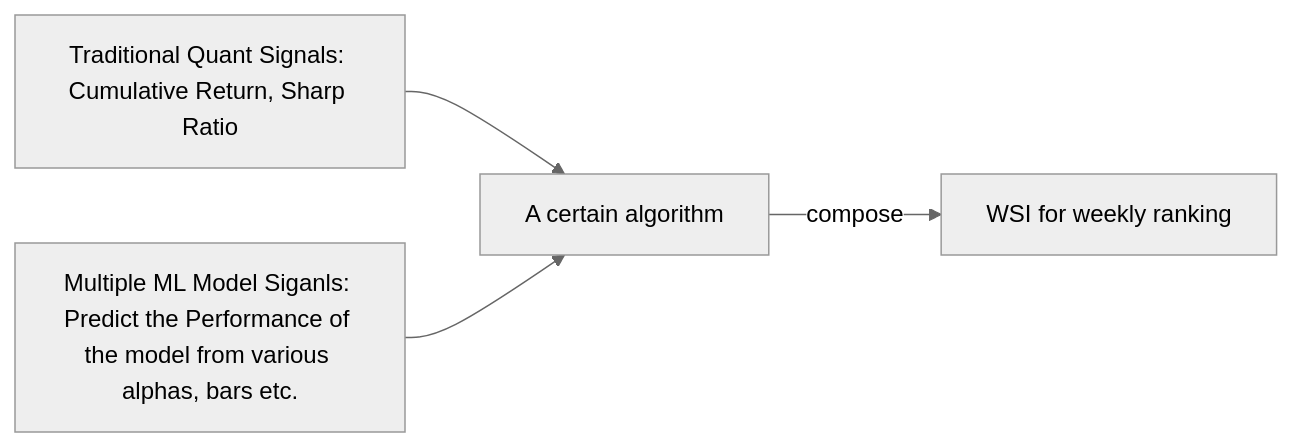
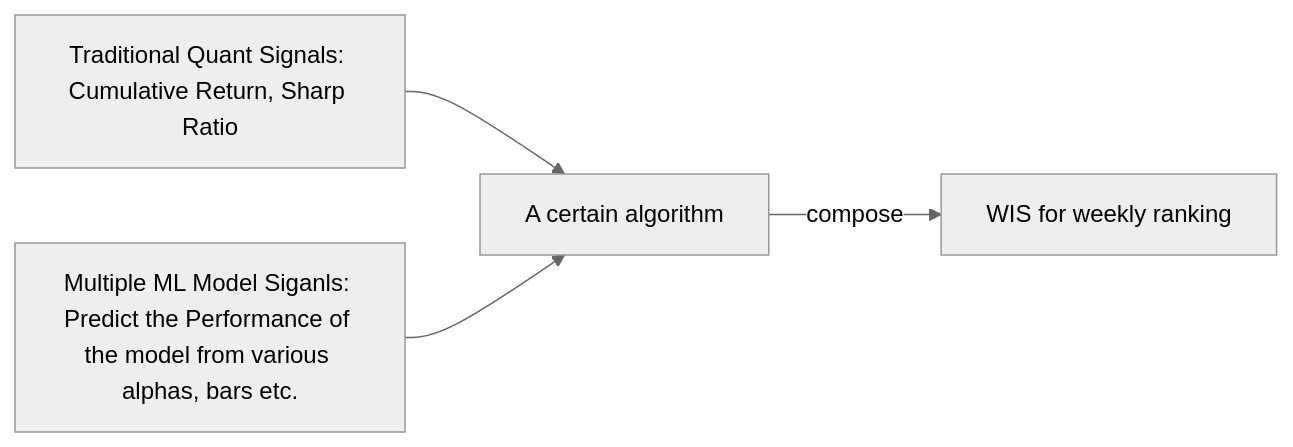
The second of 2 diagrams in research/20260426 _Simon_ML Infra/ML architecture.md (simonsparkwolf-del/ETF-QUANT-LAB), drawn with Mermaid (neutral theme) before and after one commit.

Commit message:
Update ML architecture.md

````diff
--- a/research/20260426 _Simon_ML Infra/ML architecture.md
+++ b/research/20260426 _Simon_ML Infra/ML architecture.md
@@ -72,6 +72,6 @@
 ```mermaid
 flowchart LR
     A[Traditional Quant Signals: Cumulative Return, Sharp Ratio] --> B[A certain algorithm]
     C[Multiple ML Model Siganls: Predict the Performance of the model from various alphas, bars etc.] --> B
-    B -->|compose| D[WSI for weekly ranking]
+    B -->|compose| D[WIS for weekly ranking]
 ```
````
